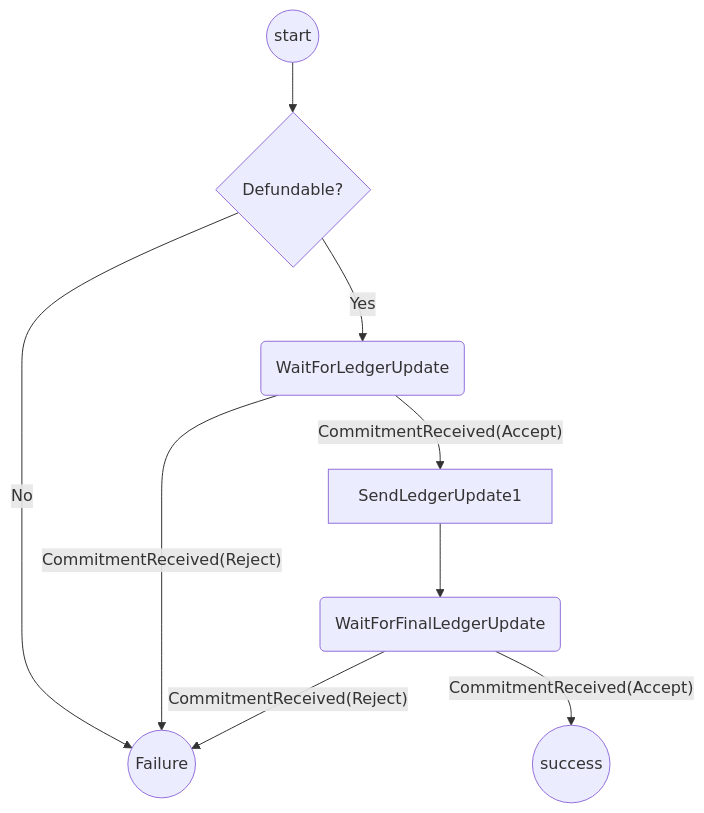
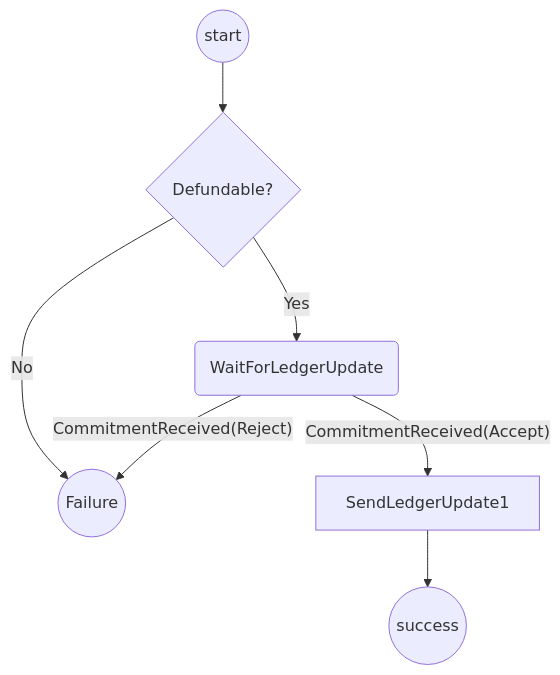
The second of 2 diagrams in packages/rps/packages/wallet/src/redux/protocols/indirect-defunding/readme.md (statechannels/statechannels), drawn with Mermaid before and after one commit. The commit also changed other lines of this file and 4 other files, not shown here.

````diff
--- a/packages/rps/packages/wallet/src/redux/protocols/indirect-defunding/readme.md
+++ b/packages/rps/packages/wallet/src/redux/protocols/indirect-defunding/readme.md
@@ -28,12 +27,10 @@
 ```mermaid
 graph TD
   St((start))-->DF{Defundable?}
   DF --> |No| F((Failure))
   DF --> |Yes| WFU(WaitForLedgerUpdate)
   WFU-->|"CommitmentReceived(Accept)"|SC1[SendLedgerUpdate1]
   WFU --> |"CommitmentReceived(Reject)"| F
-  SC1-->WFFU(WaitForFinalLedgerUpdate)
-  WFFU-->|"CommitmentReceived(Accept)"|S((success))
-  WFFU-->|"CommitmentReceived(Reject)"|F
+  SC1-->S((success))
 
 ```
````
